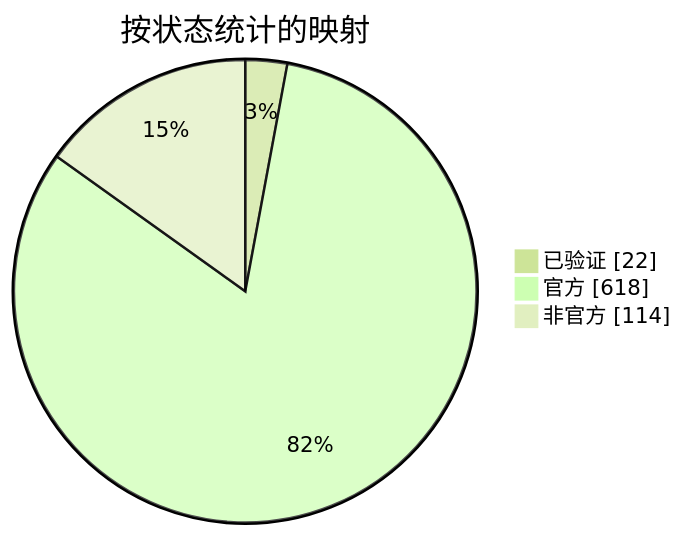
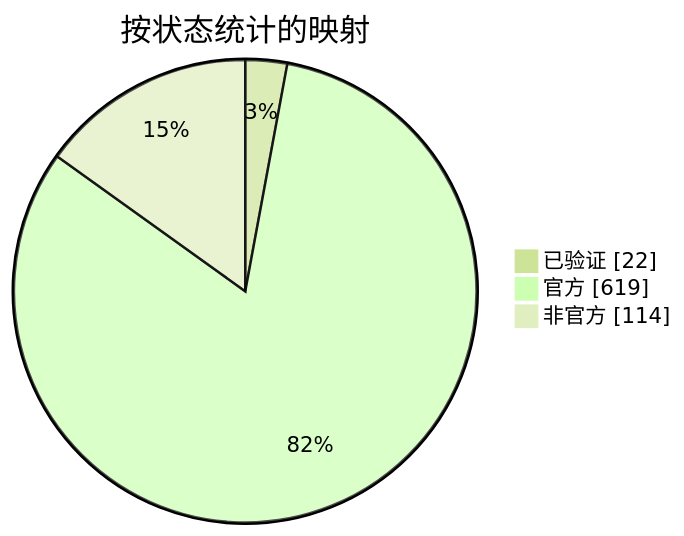
The diagram in docs/readme/README_ZHS.md (nobrega8/mbmap-library), drawn with Mermaid (forest theme) before and after one commit. The commit also changed 6 other files, not shown here.

````diff
--- a/docs/readme/README_ZHS.md
+++ b/docs/readme/README_ZHS.md
@@ -54,7 +54,7 @@
 ```mermaid
 pie showData
     title 按状态统计的映射
     "已验证" : 22
-    "官方" : 618
+    "官方" : 619
     "非官方" : 114
 ```
````
